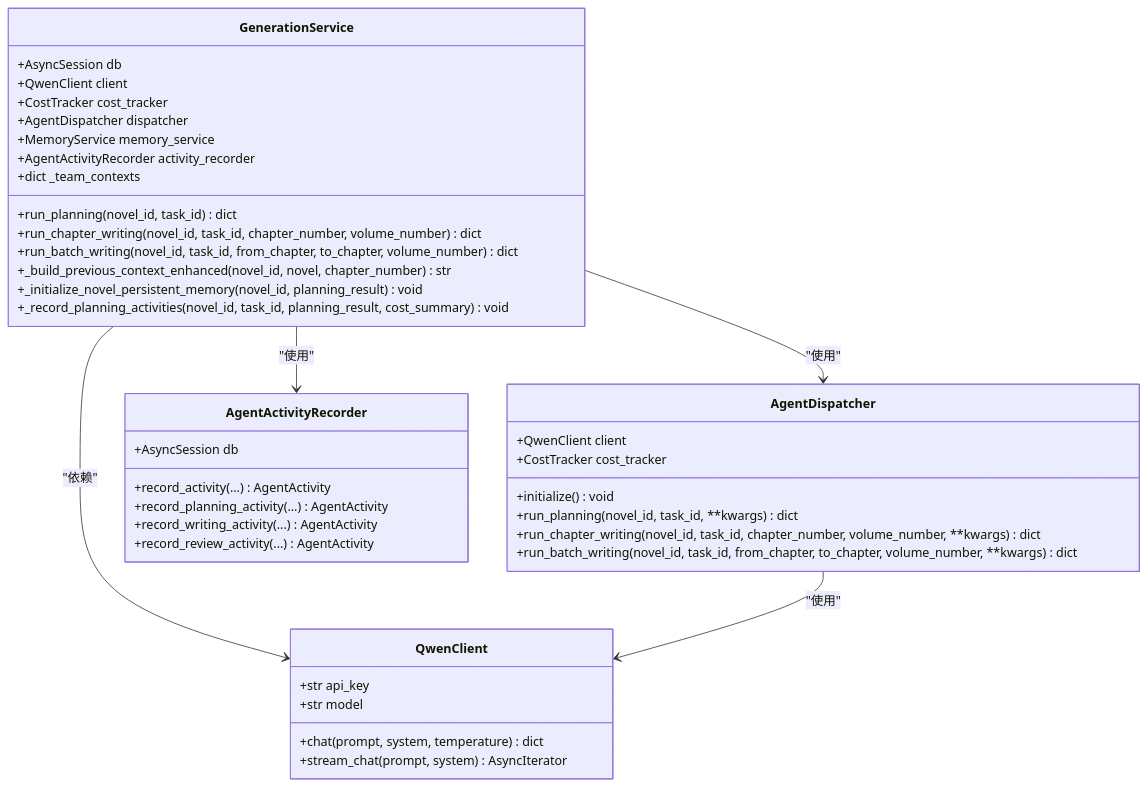
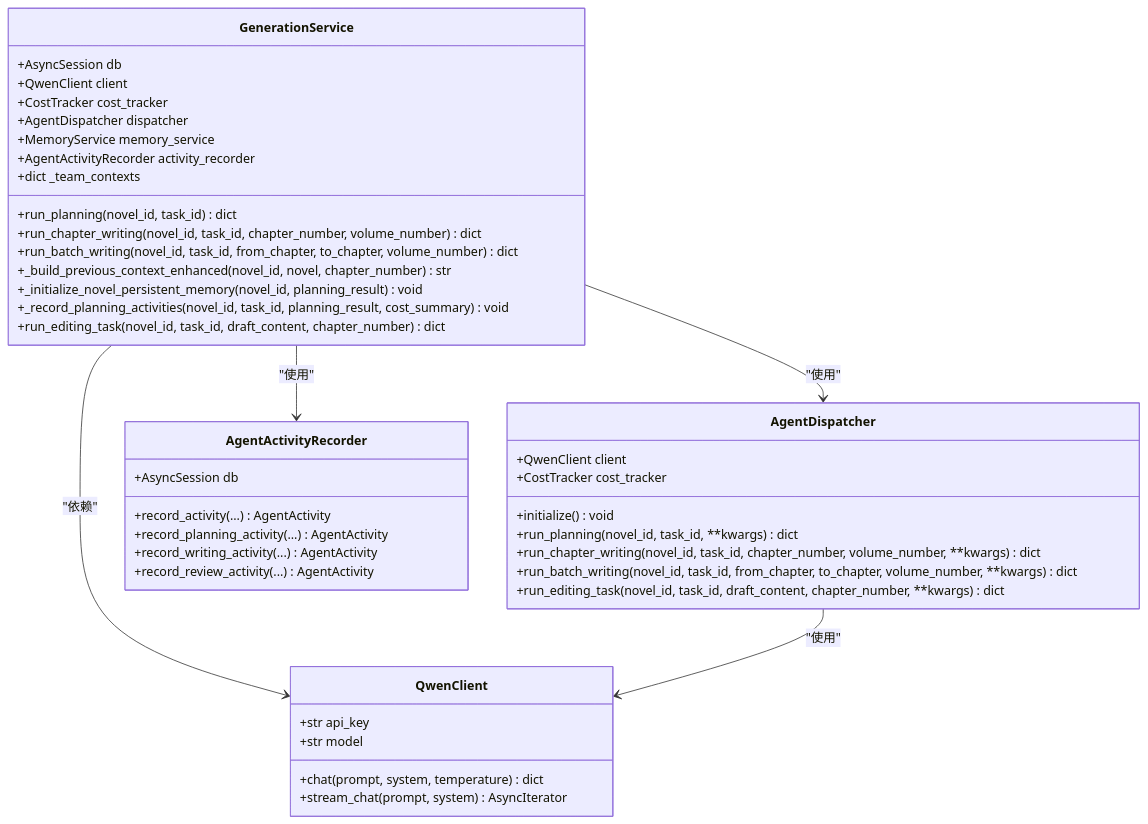
Before and after one commit to xfbyxq/ai-novel-system: the second of 11 diagrams in .qoder/repowiki/zh/content/Generation Service.md, drawn with Mermaid. The commit also changed other lines of this file and 17 other files, not shown here.

````diff
--- a/.qoder/repowiki/zh/content/Generation Service.md
+++ b/.qoder/repowiki/zh/content/Generation Service.md
@@ -124,43 +129,45 @@
 ```mermaid
 classDiagram
 class GenerationService {
 +AsyncSession db
 +QwenClient client
 +CostTracker cost_tracker
 +AgentDispatcher dispatcher
 +MemoryService memory_service
 +AgentActivityRecorder activity_recorder
 +dict _team_contexts
 +run_planning(novel_id, task_id) dict
 +run_chapter_writing(novel_id, task_id, chapter_number, volume_number) dict
 +run_batch_writing(novel_id, task_id, from_chapter, to_chapter, volume_number) dict
 +_build_previous_context_enhanced(novel_id, novel, chapter_number) str
 +_initialize_novel_persistent_memory(novel_id, planning_result) void
 +_record_planning_activities(novel_id, task_id, planning_result, cost_summary) void
++run_editing_task(novel_id, task_id, draft_content, chapter_number) dict
 }
 class AgentDispatcher {
 +QwenClient client
 +CostTracker cost_tracker
 +initialize() void
 +run_planning(novel_id, task_id, **kwargs) dict
 +run_chapter_writing(novel_id, task_id, chapter_number, volume_number, **kwargs) dict
 +run_batch_writing(novel_id, task_id, from_chapter, to_chapter, volume_number, **kwargs) dict
++run_editing_task(novel_id, task_id, draft_content, chapter_number, **kwargs) dict
 }
 class QwenClient {
 +str api_key
 +str model
 +chat(prompt, system, temperature) dict
 +stream_chat(prompt, system) AsyncIterator
 }
 class AgentActivityRecorder {
 +AsyncSession db
 +record_activity(...) AgentActivity
 +record_planning_activity(...) AgentActivity
 +record_writing_activity(...) AgentActivity
 +record_review_activity(...) AgentActivity
 }
 GenerationService --> AgentDispatcher : "使用"
 GenerationService --> QwenClient : "依赖"
 GenerationService --> AgentActivityRecorder : "使用"
 AgentDispatcher --> QwenClient : "使用"
 ```
````
